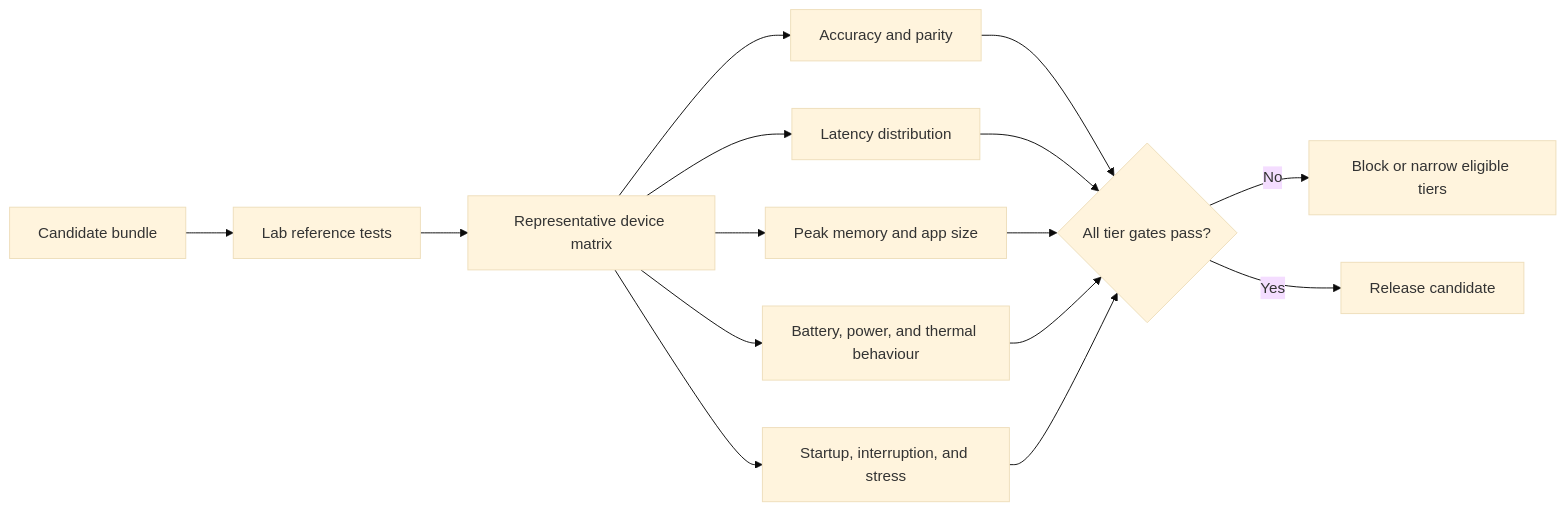
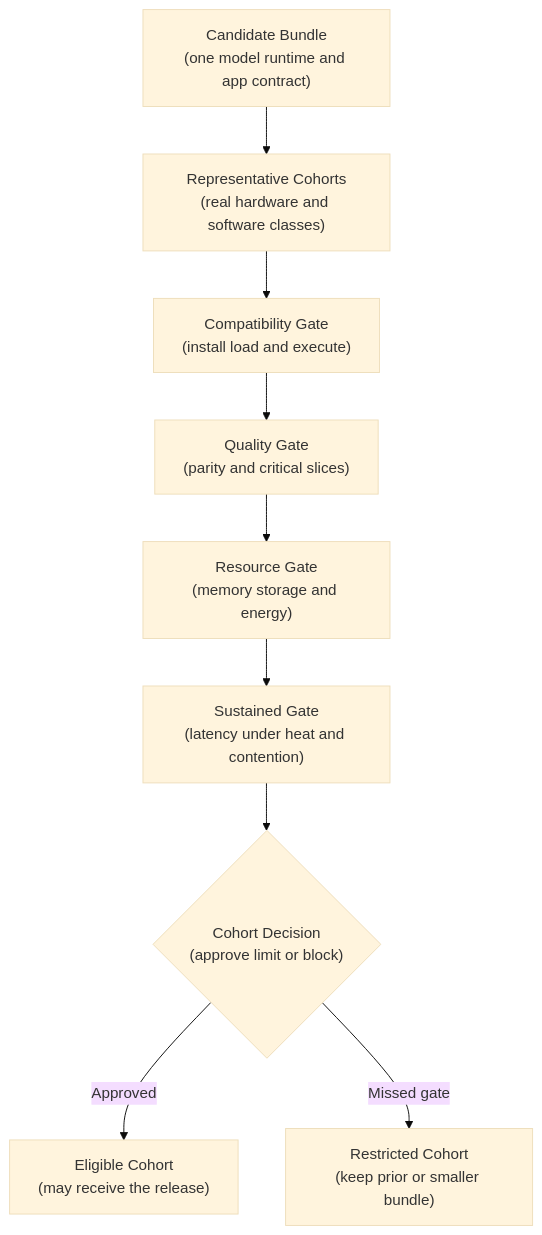
The fourth of 8 diagrams in roadmaps/mlops/modules/model-serving/inference-patterns/04-edge-and-on-device-inference.md (senlinyy/dev-roadmaps), drawn with Mermaid (base theme) before and after one commit. The commit also changed other lines of this file and 152 other files, not shown here.

Commit message:
feat: mlops and diagrams updated

````diff
--- a/roadmaps/mlops/modules/model-serving/inference-patterns/04-edge-and-on-device-inference.md
+++ b/roadmaps/mlops/modules/model-serving/inference-patterns/04-edge-and-on-device-inference.md
@@ -92,17 +206,13 @@
 ```mermaid
-flowchart LR
-    C["Candidate bundle"] --> L["Lab reference tests"]
-    L --> D["Representative device matrix"]
-    D --> A["Accuracy and parity"]
-    D --> P["Latency distribution"]
-    D --> M["Peak memory and app size"]
-    D --> B["Battery, power, and thermal behaviour"]
-    D --> S["Startup, interruption, and stress"]
-    A --> G{"All tier gates pass?"}
-    P --> G
-    M --> G
-    B --> G
-    S --> G
-    G -->|No| X["Block or narrow eligible tiers"]
-    G -->|Yes| R["Release candidate"]
+flowchart TD
+    A["Candidate Bundle<br/>(one model runtime and app contract)"] --> B["Representative Cohorts<br/>(real hardware and software classes)"]
+    B --> C["Compatibility Gate<br/>(install load and execute)"]
+    C --> D["Quality Gate<br/>(parity and critical slices)"]
+    D --> E["Resource Gate<br/>(memory storage and energy)"]
+    E --> F["Sustained Gate<br/>(latency under heat and contention)"]
+    F --> G{"Cohort Decision<br/>(approve limit or block)"}
+    G -->|"Approved"| H["Eligible Cohort<br/>(may receive the release)"]
+    G -->|"Missed gate"| I["Restricted Cohort<br/>(keep prior or smaller bundle)"]
+
+    class A,B candidate; class C,D,E,F gate; class G choice; class H,I result
 ```
````
